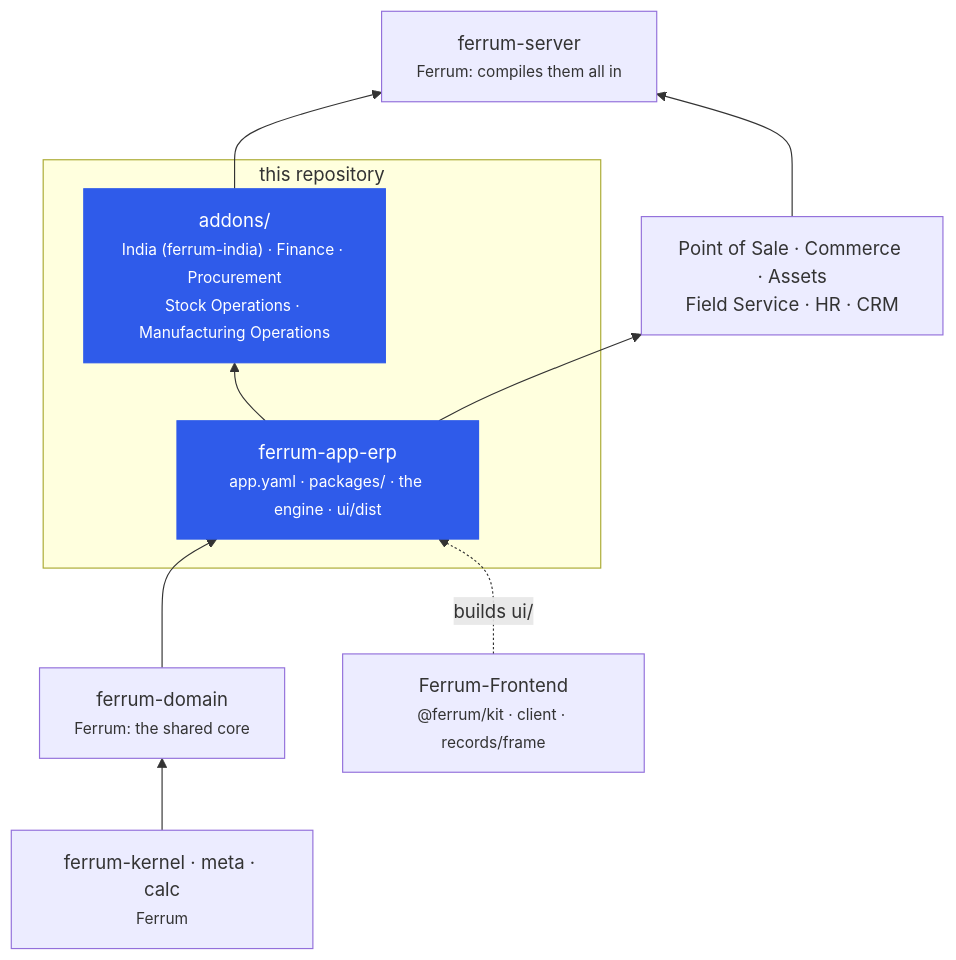
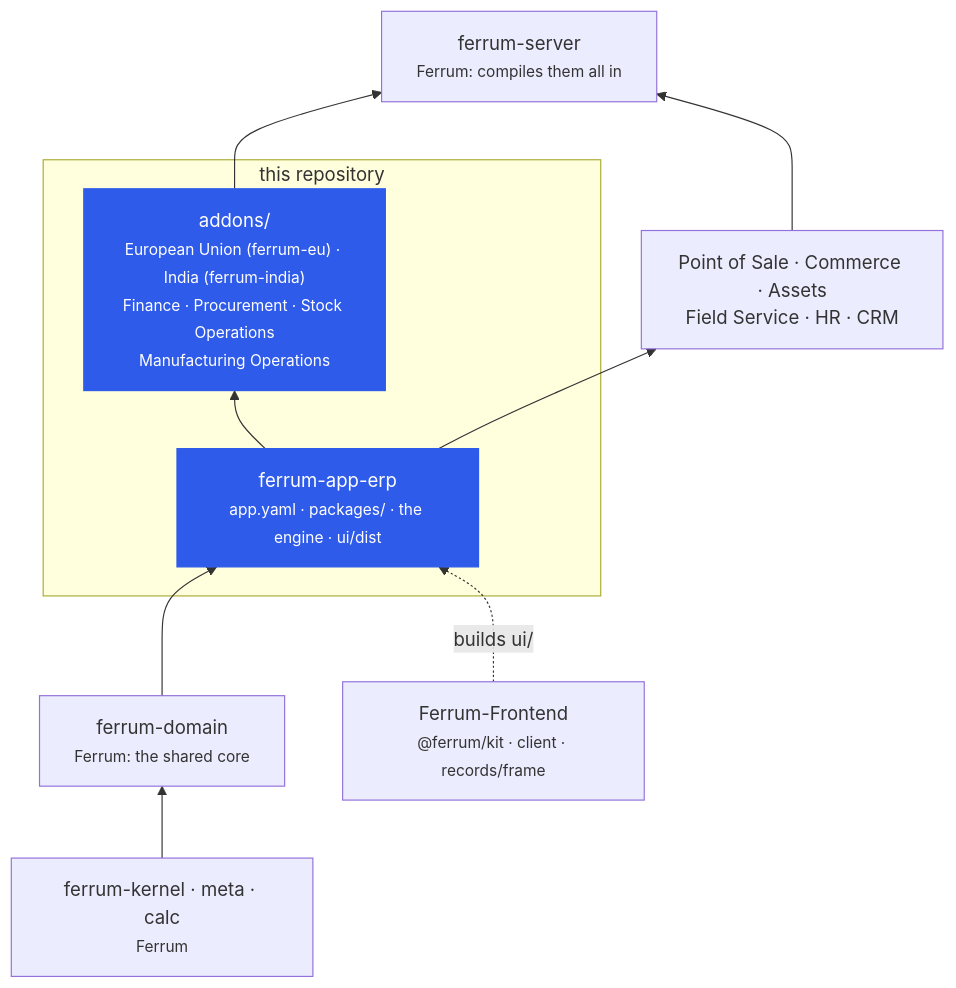
One commit to CBFerrum/ferrum-app-erp changed the third of 3 diagrams in README.md. Above: the diagram before and after it, drawn with Mermaid. The commit also changed other lines of this file and 2 other files, not shown here.

Commit message:
README: ERP 0.4.0 with the European Union's add-on (VAT, VIES, OSS, EN 16931 over Peppol) and India 0.2.1

````diff
--- a/README.md
+++ b/README.md
@@ -174,20 +177,20 @@
 ```mermaid
 flowchart BT
     KER["ferrum-kernel · meta · calc<br/><small>Ferrum</small>"]
     CORE["ferrum-domain<br/><small>Ferrum: the shared core</small>"]
     subgraph REPO["this repository"]
         APP["ferrum-app-erp<br/><small>app.yaml · packages/ · the engine · ui/dist</small>"]
-        ADD["addons/<br/><small>India (ferrum-india) · Finance · Procurement<br/>Stock Operations · Manufacturing Operations</small>"]
+        ADD["addons/<br/><small>European Union (ferrum-eu) · India (ferrum-india)<br/>Finance · Procurement · Stock Operations<br/>Manufacturing Operations</small>"]
     end
     APPS["Point of Sale · Commerce · Assets<br/>Field Service · HR · CRM"]
     SRV["ferrum-server<br/><small>Ferrum: compiles them all in</small>"]
     FE["Ferrum-Frontend<br/><small>@ferrum/kit · client · records/frame</small>"]
     KER --> CORE --> APP
     APP --> ADD
     APP --> APPS
     ADD --> SRV
     APPS --> SRV
     FE -. builds ui/ .-> APP
     classDef erp fill:#2f5bea,color:#fff,stroke:#2f5bea
     class APP,ADD erp
 ```
````
